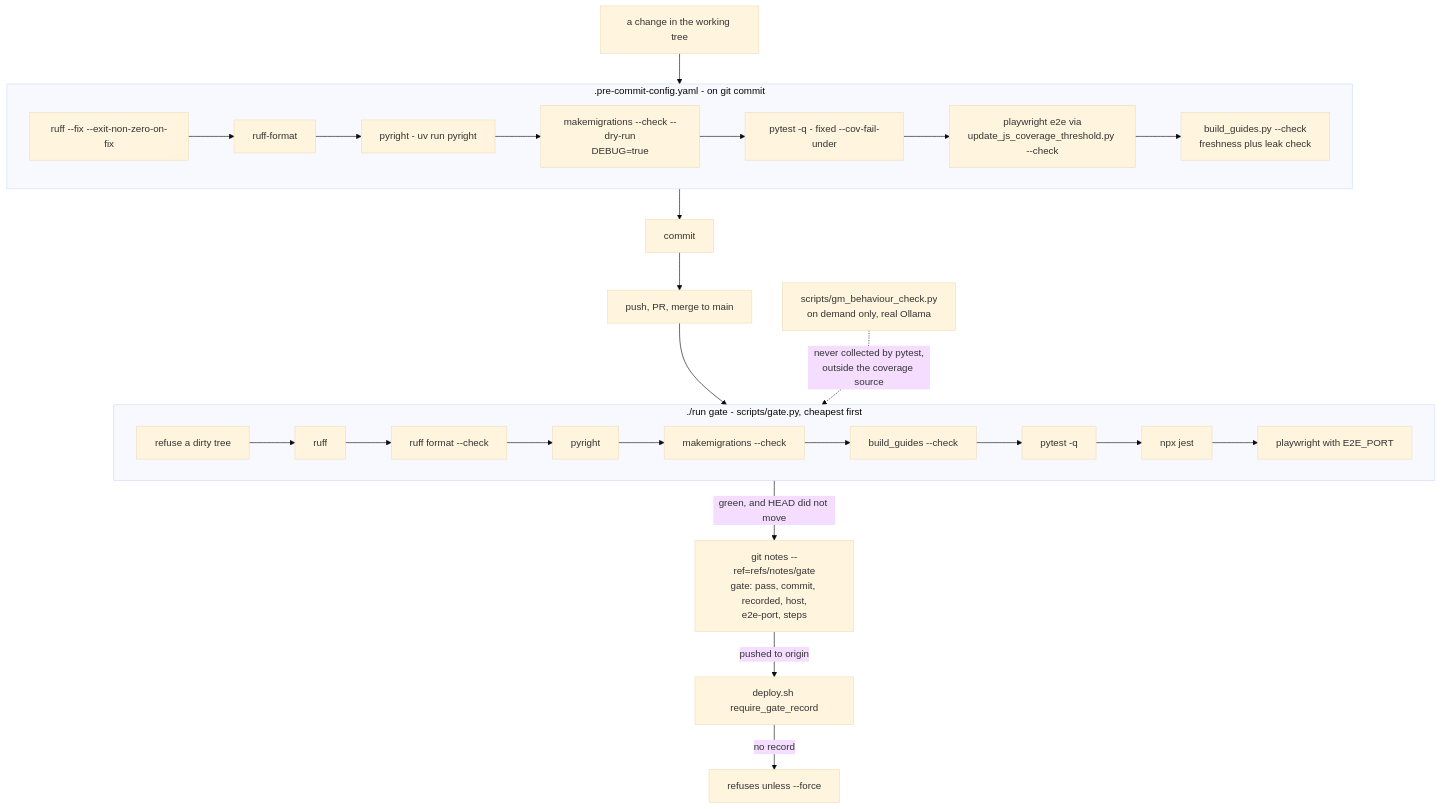
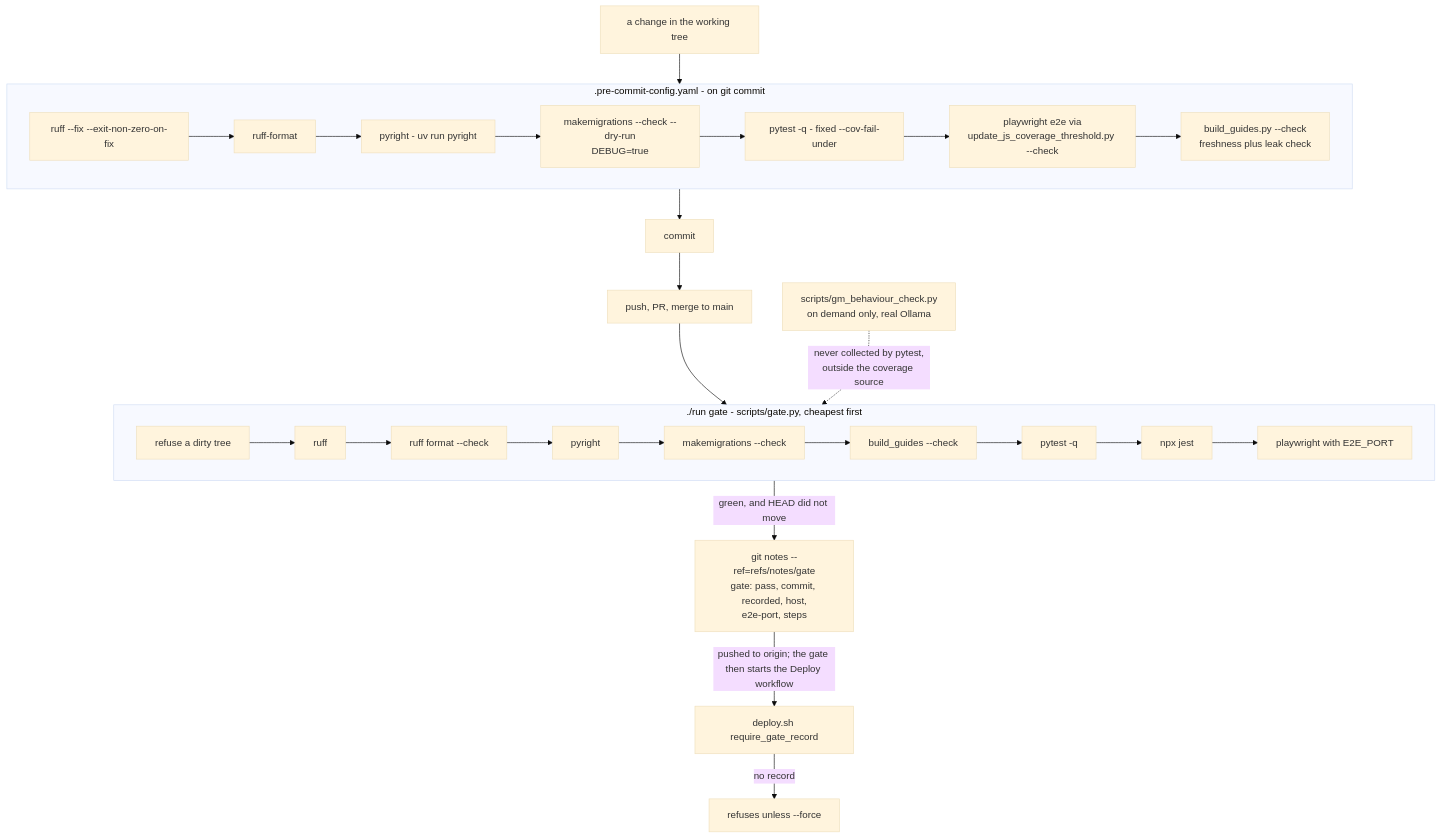
Before and after one commit to smarks/tarmar-studio: diagram 17 of 18 in docs/architecture.md, drawn with Mermaid (base theme). The commit also changed other lines of this file and 371 other files, not shown here.

````diff
--- a/docs/architecture.md
+++ b/docs/architecture.md
@@ -1471,28 +1507,28 @@
 ```mermaid
 graph TD
     edit["a change in the working tree"] --> hooks
     subgraph hooks[".pre-commit-config.yaml - on git commit"]
         h1["ruff --fix --exit-non-zero-on-fix"]
         h2["ruff-format"]
         h3["pyright - uv run pyright"]
         h4["makemigrations --check --dry-run<br/>DEBUG=true"]
         h5["pytest -q - fixed --cov-fail-under"]
         h6["playwright e2e via<br/>update_js_coverage_threshold.py --check"]
         h7["build_guides.py --check<br/>freshness plus leak check"]
         h1 --> h2 --> h3 --> h4 --> h5 --> h6 --> h7
     end
     hooks --> commit["commit"] --> push["push, PR, merge to main"]
     push --> gate
     subgraph gate["./run gate - scripts/gate.py, cheapest first"]
         g0["refuse a dirty tree"]
         g1["ruff"] --> g2["ruff format --check"] --> g3["pyright"]
         g3 --> g4["makemigrations --check"] --> g5["build_guides --check"]
         g5 --> g6["pytest -q"] --> g7["npx jest"] --> g8["playwright with E2E_PORT"]
         g0 --> g1
     end
     gate -->|"green, and HEAD did not move"| note["git notes --ref=refs/notes/gate<br/>gate: pass, commit, recorded, host,<br/>e2e-port, steps"]
-    note -->|"pushed to origin"| deploy["deploy.sh require_gate_record"]
+    note -->|"pushed to origin; the gate then starts the Deploy workflow"| deploy["deploy.sh require_gate_record"]
     deploy -->|"no record"| refuse["refuses unless --force"]
 
     behav["scripts/gm_behaviour_check.py<br/>on demand only, real Ollama"] -.->|"never collected by pytest,<br/>outside the coverage source"| gate
 ```
````
